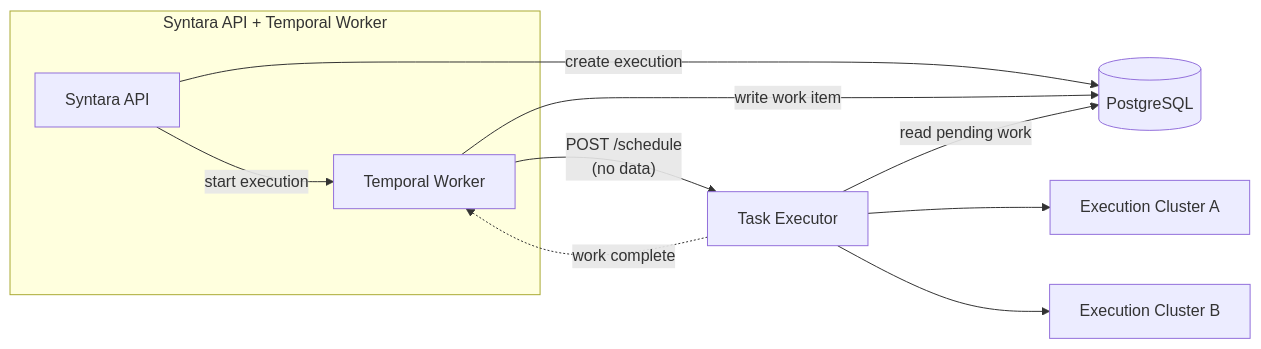
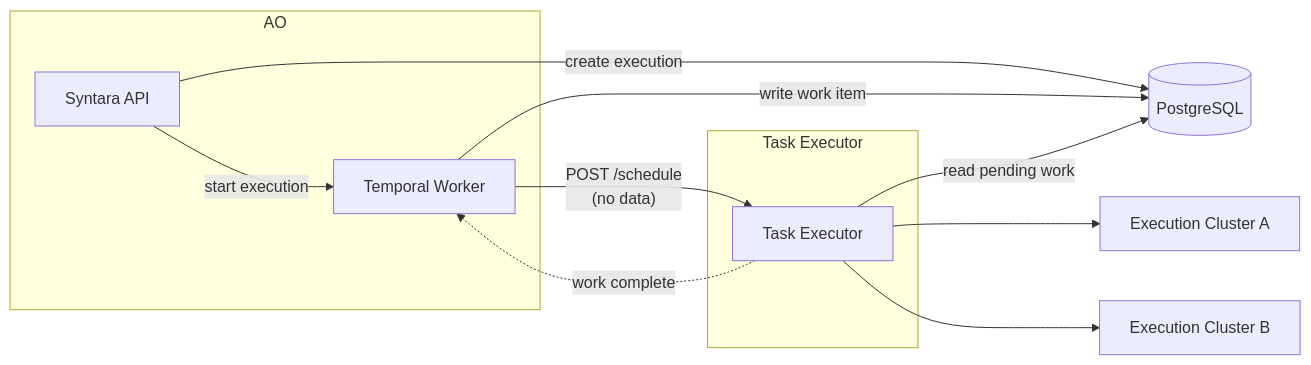
One commit to AlanCoding/syntara changed the first of 5 diagrams in backend/docs/execution-plane-decisions.md. Above: the diagram before and after it, drawn with Mermaid. The commit also changed other lines of this file, not shown here.

Commit message:
docs(execution-plane): add TE bounding box, label AO box as AO, drop shared PG position label

````diff
--- a/backend/docs/execution-plane-decisions.md
+++ b/backend/docs/execution-plane-decisions.md
@@ -25,20 +25,22 @@
 ```mermaid
 graph LR
-    subgraph AO["Syntara API + Temporal Worker"]
+    subgraph AO["AO"]
         API["Syntara API"]
         TW["Temporal Worker"]
     end
-    TE["Task Executor"]
+    subgraph TE_BOX["Task Executor"]
+        TE["Task Executor"]
+    end
     PG[("PostgreSQL")]
     EC1["Execution Cluster A"]
     EC2["Execution Cluster B"]
 
     API -->|"create execution"| PG
     API -->|"start execution"| TW
     TW -->|"write work item"| PG
     TW -->|"POST /schedule<br/>(no data)"| TE
     TE -->|"read pending work"| PG
     TE -.->|"work complete"| TW
     TE --> EC1
     TE --> EC2
 ```
````
